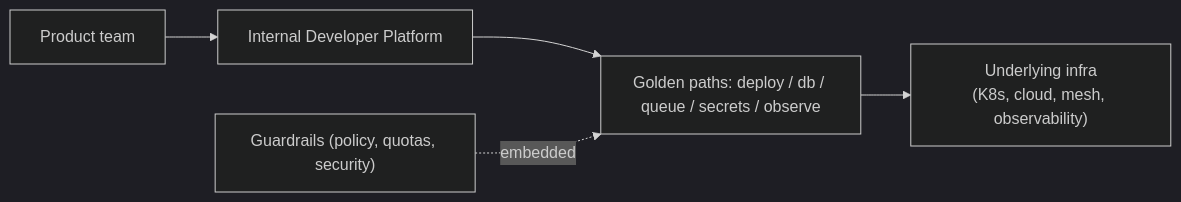
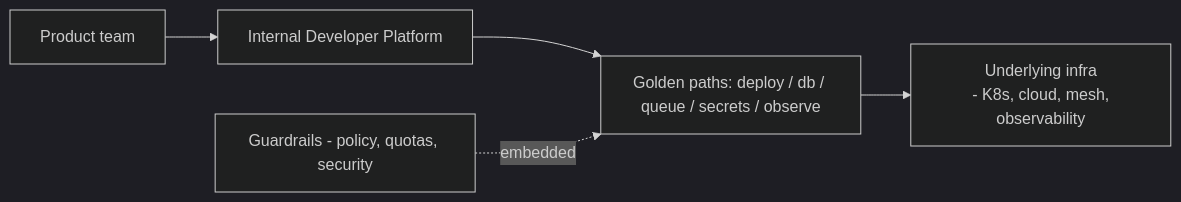
The diagram in docs/09-cloud-platform/08-platform-engineering-idp.md (RIT-MESH/system-design-mastery), drawn with Mermaid (dark theme) before and after one commit. The commit also changed 139 other files, not shown here.

First line of the commit message:
Fix Mermaid parse errors: replace parentheses in node labels across 140 files

````diff
--- a/docs/09-cloud-platform/08-platform-engineering-idp.md
+++ b/docs/09-cloud-platform/08-platform-engineering-idp.md
@@ -23,8 +23,8 @@
 ```mermaid
 %% created-for: system-design-mastery
 flowchart LR
   Dev["Product team"] --> IDP["Internal Developer Platform"]
   IDP --> GP["Golden paths: deploy / db / queue / secrets / observe"]
-  GP --> Infra["Underlying infra<br/>(K8s, cloud, mesh, observability)"]
-  Guard["Guardrails (policy, quotas, security)"] -.embedded.-> GP
+  GP --> Infra["Underlying infra<br/> - K8s, cloud, mesh, observability"]
+  Guard["Guardrails - policy, quotas, security"] -.embedded.-> GP
 ```
````
